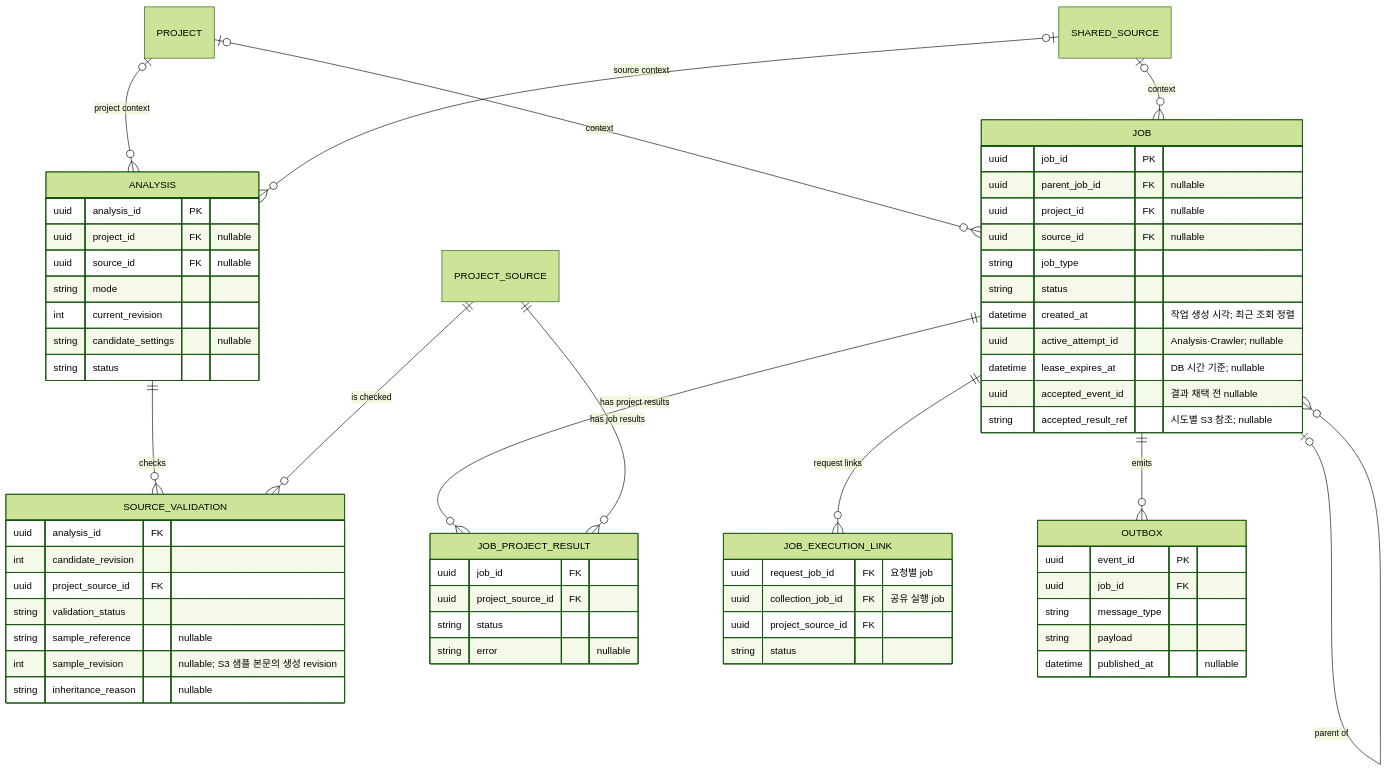
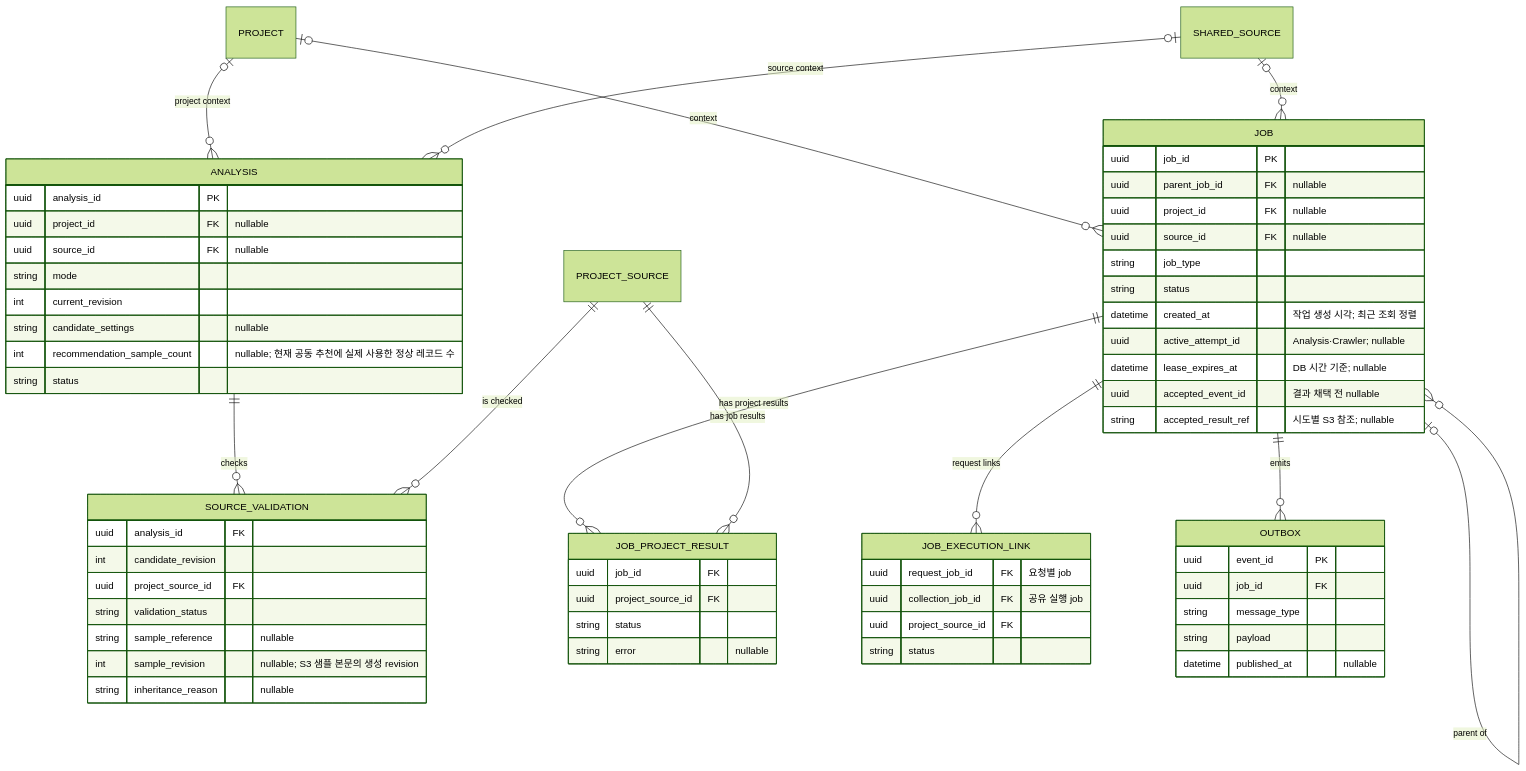
The third of 4 diagrams in docs/erd-initial-design.md (GecSchool/Weavo), drawn with Mermaid (forest theme) before and after one commit. The commit also changed 17 other files, not shown here.

````diff
--- a/docs/erd-initial-design.md
+++ b/docs/erd-initial-design.md
@@ -152,65 +152,66 @@
 ```mermaid
 erDiagram
     PROJECT o|--o{ ANALYSIS : "project context"
     SHARED_SOURCE o|--o{ ANALYSIS : "source context"
     ANALYSIS ||--o{ SOURCE_VALIDATION : "checks"
     PROJECT_SOURCE ||--o{ SOURCE_VALIDATION : "is checked"
     JOB o|--o{ JOB : "parent of"
     PROJECT o|--o{ JOB : "context"
     SHARED_SOURCE o|--o{ JOB : "context"
     JOB ||--o{ JOB_PROJECT_RESULT : "has project results"
     JOB ||--o{ JOB_EXECUTION_LINK : "request links"
     PROJECT_SOURCE ||--o{ JOB_PROJECT_RESULT : "has job results"
     JOB ||--o{ OUTBOX : "emits"
 
     ANALYSIS {
         uuid analysis_id PK
         uuid project_id FK "nullable"
         uuid source_id FK "nullable"
         string mode
         int current_revision
         string candidate_settings "nullable"
+        int recommendation_sample_count "nullable; 현재 공동 추천에 실제 사용한 정상 레코드 수"
         string status
     }
     SOURCE_VALIDATION {
         uuid analysis_id FK
         int candidate_revision
         uuid project_source_id FK
         string validation_status
         string sample_reference "nullable"
         int sample_revision "nullable; S3 샘플 본문의 생성 revision"
         string inheritance_reason "nullable"
     }
     JOB {
         uuid job_id PK
         uuid parent_job_id FK "nullable"
         uuid project_id FK "nullable"
         uuid source_id FK "nullable"
         string job_type
         string status
         datetime created_at "작업 생성 시각; 최근 조회 정렬"
         uuid active_attempt_id "Analysis·Crawler; nullable"
         datetime lease_expires_at "DB 시간 기준; nullable"
         uuid accepted_event_id "결과 채택 전 nullable"
         string accepted_result_ref "시도별 S3 참조; nullable"
     }
     JOB_EXECUTION_LINK {
         uuid request_job_id FK "요청별 job"
         uuid collection_job_id FK "공유 실행 job"
         uuid project_source_id FK
         string status
     }
     JOB_PROJECT_RESULT {
         uuid job_id FK
         uuid project_source_id FK
         string status
         string error "nullable"
     }
     OUTBOX {
         uuid event_id PK
         uuid job_id FK
         string message_type
         string payload
         datetime published_at "nullable"
     }
 ```
````
